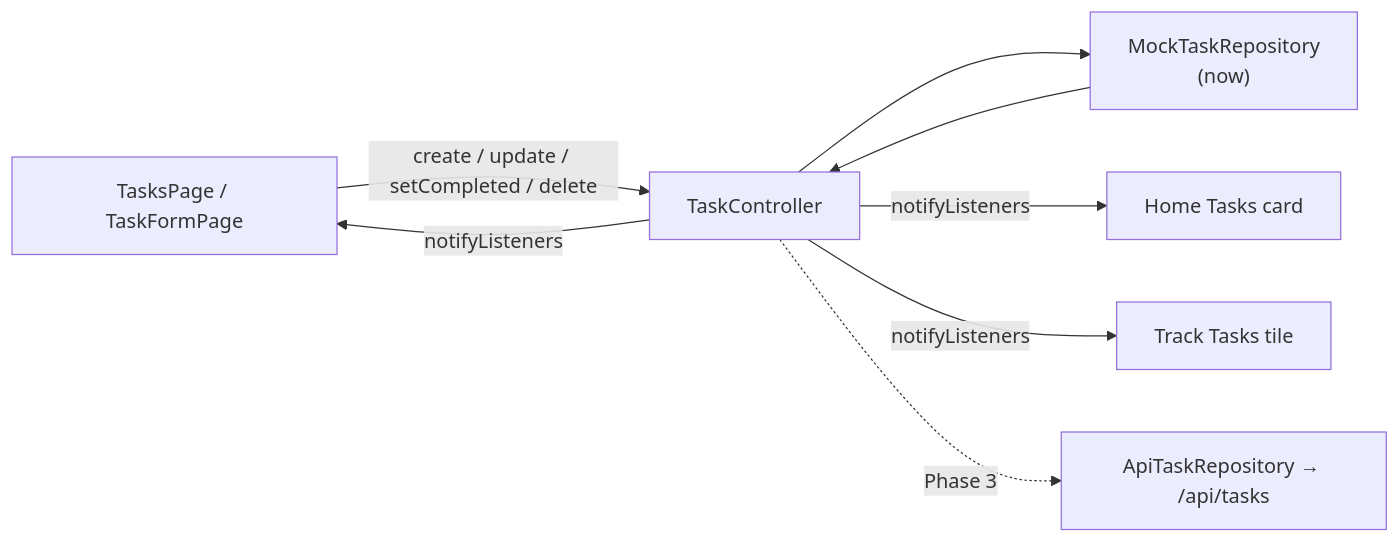
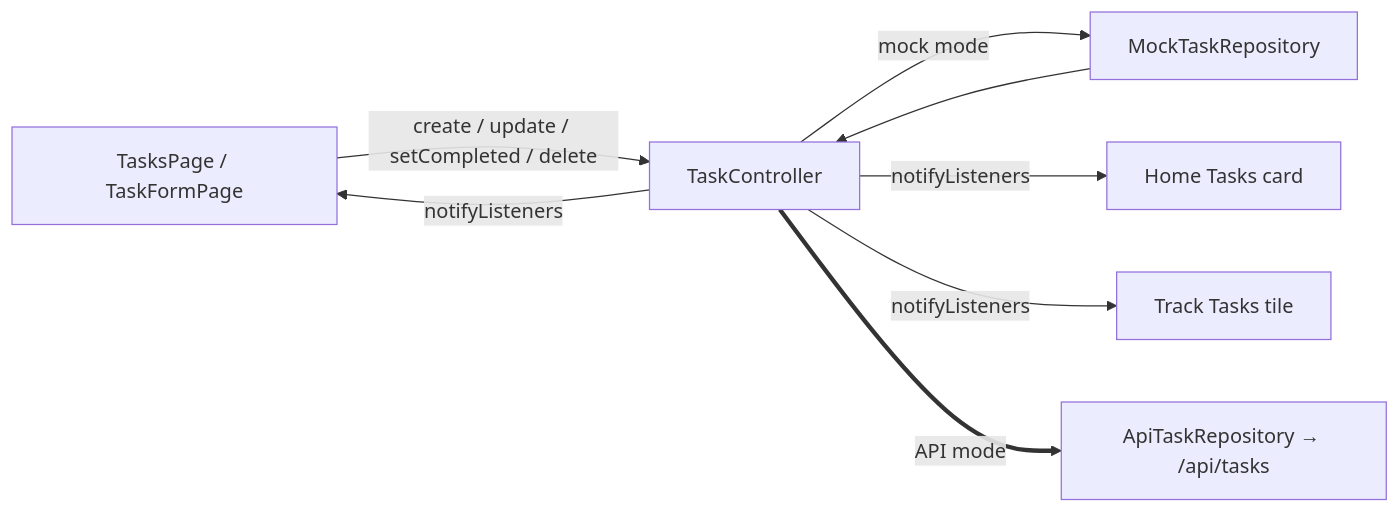
Before and after one commit to Gaoher-1207/omnia: the diagram in docs/omnia-vault/Features/Tasks.md, drawn with Mermaid. The commit also changed other lines of this file and 25 other files, not shown here.

Commit message:
Integrate Tasks with backend API

````diff
--- a/docs/omnia-vault/Features/Tasks.md
+++ b/docs/omnia-vault/Features/Tasks.md
@@ -46,10 +56,10 @@
 ```mermaid
 flowchart LR
     TP["TasksPage / TaskFormPage"] -->|"create / update / setCompleted / delete"| TC["TaskController"]
-    TC --> MR["MockTaskRepository<br/>(now)"]
+    TC -->|mock mode| MR["MockTaskRepository"]
     MR --> TC
     TC -->|notifyListeners| TP
     TC -->|notifyListeners| HC["Home Tasks card"]
     TC -->|notifyListeners| TT["Track Tasks tile"]
-    TC -.->|Phase 3| AR["ApiTaskRepository → /api/tasks"]
+    TC ==>|API mode| AR["ApiTaskRepository → /api/tasks"]
 ```
````
